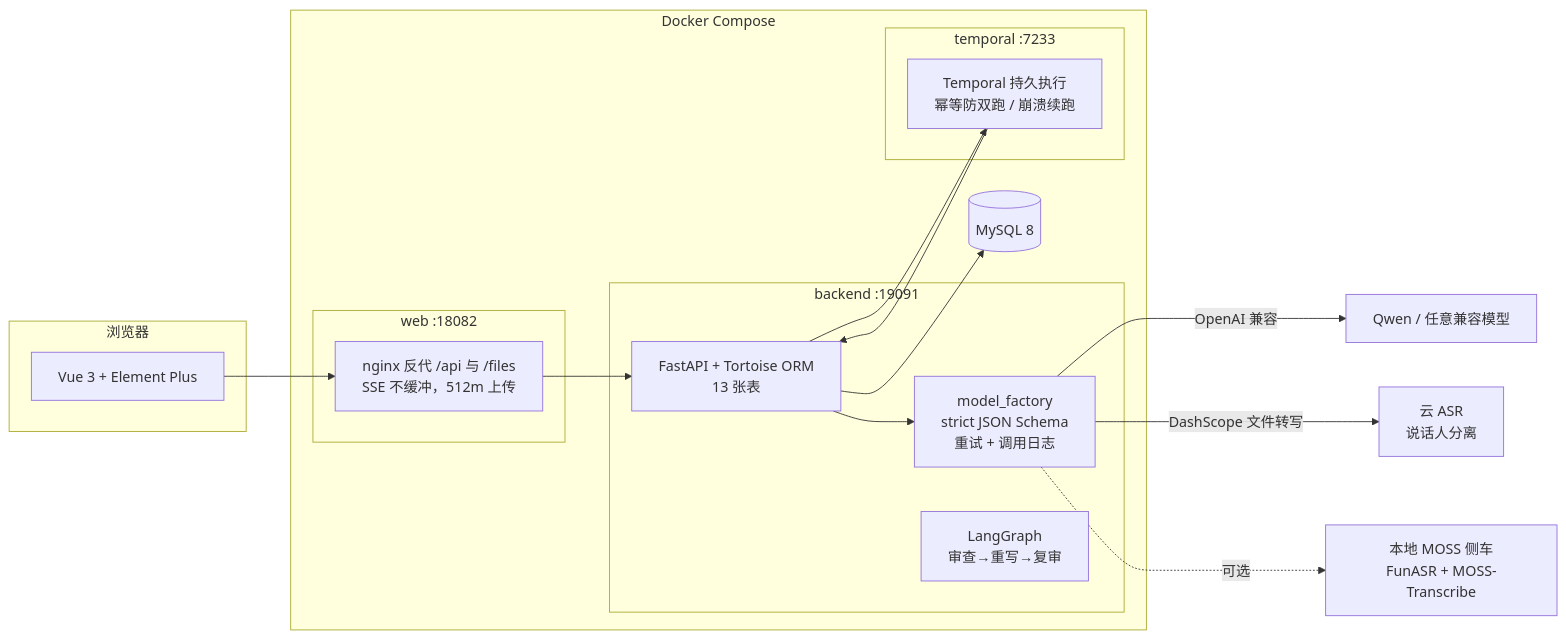
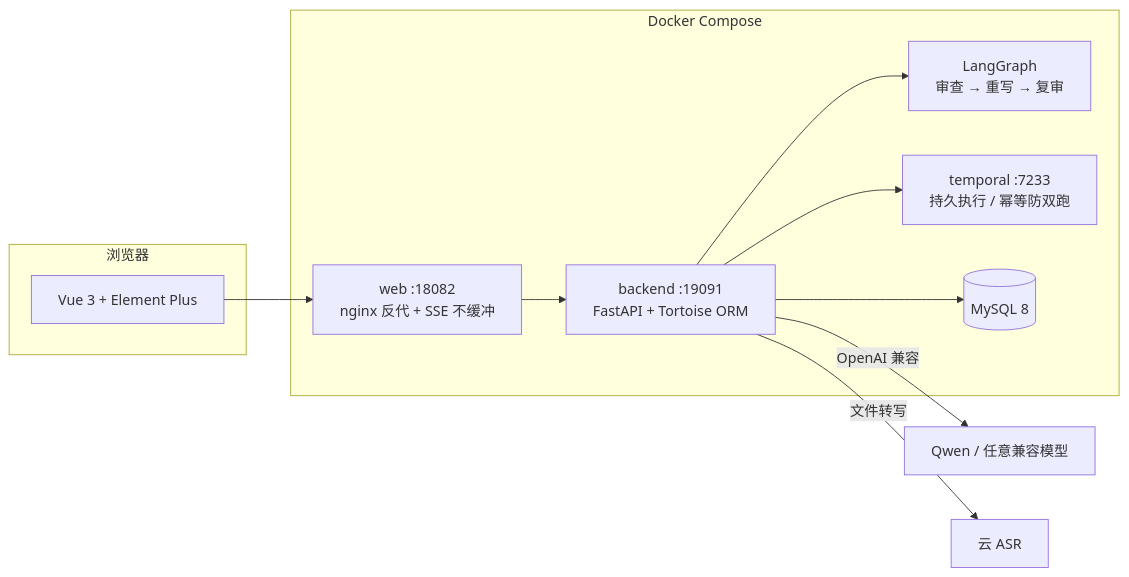
The diagram in README.md (LittleSongxx/MeetingBot), drawn with Mermaid before and after one commit. The commit also changed other lines of this file and 13 other files, not shown here.

````diff
--- a/README.md
+++ b/README.md
@@ -54,27 +69,19 @@
 ```mermaid
 flowchart LR
     subgraph client[浏览器]
         UI[Vue 3 + Element Plus]
     end
     subgraph compose[Docker Compose]
-        subgraph web[web :18082]
-            NG[nginx 反代 /api 与 /files<br/>SSE 不缓冲，512m 上传]
-        end
-        subgraph backend[backend :19091]
-            API[FastAPI + Tortoise ORM<br/>13 张表]
-            MF[model_factory<br/>strict JSON Schema<br/>重试 + 调用日志]
-            AG[LangGraph<br/>审查→重写→复审]
-        end
-        subgraph temporal[temporal :7233]
-            TQ[Temporal 持久执行<br/>幂等防双跑 / 崩溃续跑]
-        end
-        DB[(MySQL 8)]
+        web[web :18082<br/>nginx 反代 + SSE 不缓冲]
+        backend[backend :19091<br/>FastAPI + Tortoise ORM]
+        agent[LangGraph<br/>审查 → 重写 → 复审]
+        temporal[temporal :7233<br/>持久执行 / 幂等防双跑]
+        db[(MySQL 8)]
     end
-    UI --> NG --> API
-    API --> DB
-    API --> TQ --> API
-    API --> MF
-    MF -->|OpenAI 兼容| LLM[Qwen / 任意兼容模型]
-    MF -->|DashScope 文件转写| ASR[云 ASR<br/>说话人分离]
-    MF -.可选.-> MOSS[本地 MOSS 侧车<br/>FunASR + MOSS-Transcribe]
+    UI --> web --> backend
+    backend --> db
+    backend --> temporal
+    backend --> agent
+    backend -->|OpenAI 兼容| LLM[Qwen / 任意兼容模型]
+    backend -->|文件转写| ASR[云 ASR]
 ```
````
